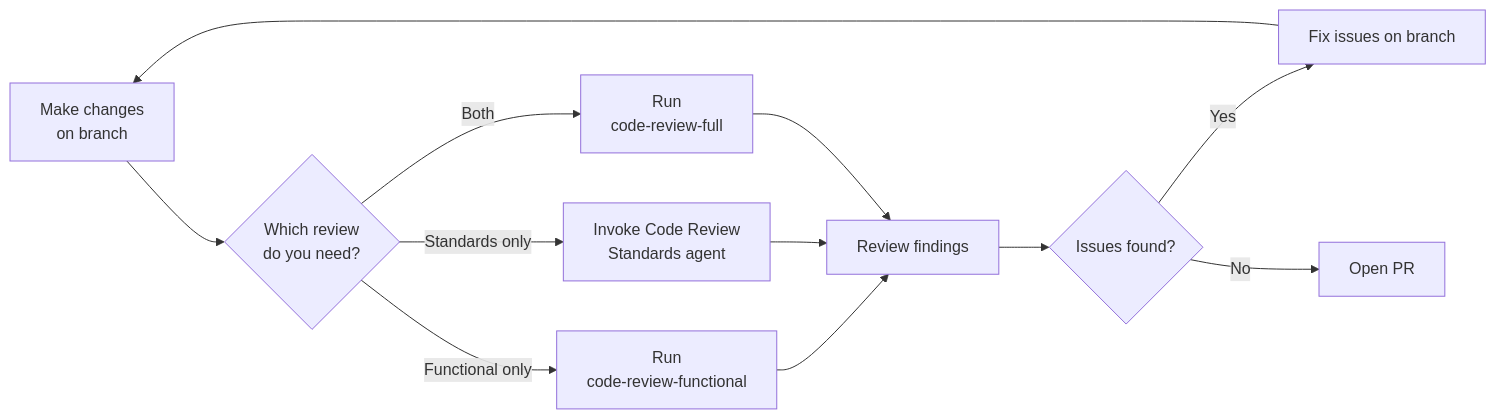
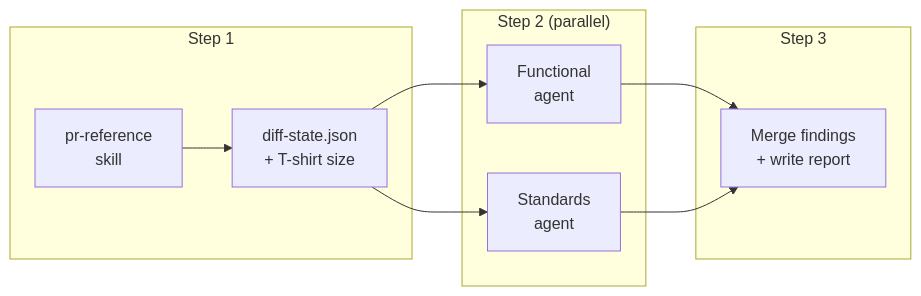
Before and after one commit to microsoft/hve-core: the second of 2 diagrams in docs/agents/code-review/README.md, drawn with Mermaid. The commit also changed other lines of this file and 5 other files, not shown here.

First line of the commit message:
feat(code-review): add parallel subagent orchestration for full code review

````diff
--- a/docs/agents/code-review/README.md
+++ b/docs/agents/code-review/README.md
@@ -120,14 +130,19 @@
 ```mermaid
 flowchart LR
-  A["Make changes<br/>on branch"] --> B{"Which review<br/>do you need?"}
-  B -->|"Functional only"| C["Run<br/>code-review-functional"]
-  B -->|"Standards only"| D["Invoke Code Review<br/>Standards agent"]
-  B -->|"Both"| E["Run<br/>code-review-full"]
-  C --> F["Review findings"]
-  D --> F
-  E --> F
-  F --> G{"Issues found?"}
-  G -->|"Yes"| H["Fix issues on branch"]
-  H --> A
-  G -->|"No"| I["Open PR"]
+  subgraph "Step 1"
+    A1["pr-reference<br/>skill"] --> A2["diff-state.json<br/>+ T-shirt size"]
+  end
+
+  subgraph "Step 2 (parallel)"
+    B1["Functional<br/>agent"]
+    B2["Standards<br/>agent"]
+  end
+
+  subgraph "Step 3"
+    C1["Merge findings<br/>+ write report"]
+  end
+
+  A2 --> B1 & B2
+  B1 --> C1
+  B2 --> C1
 ```
````
